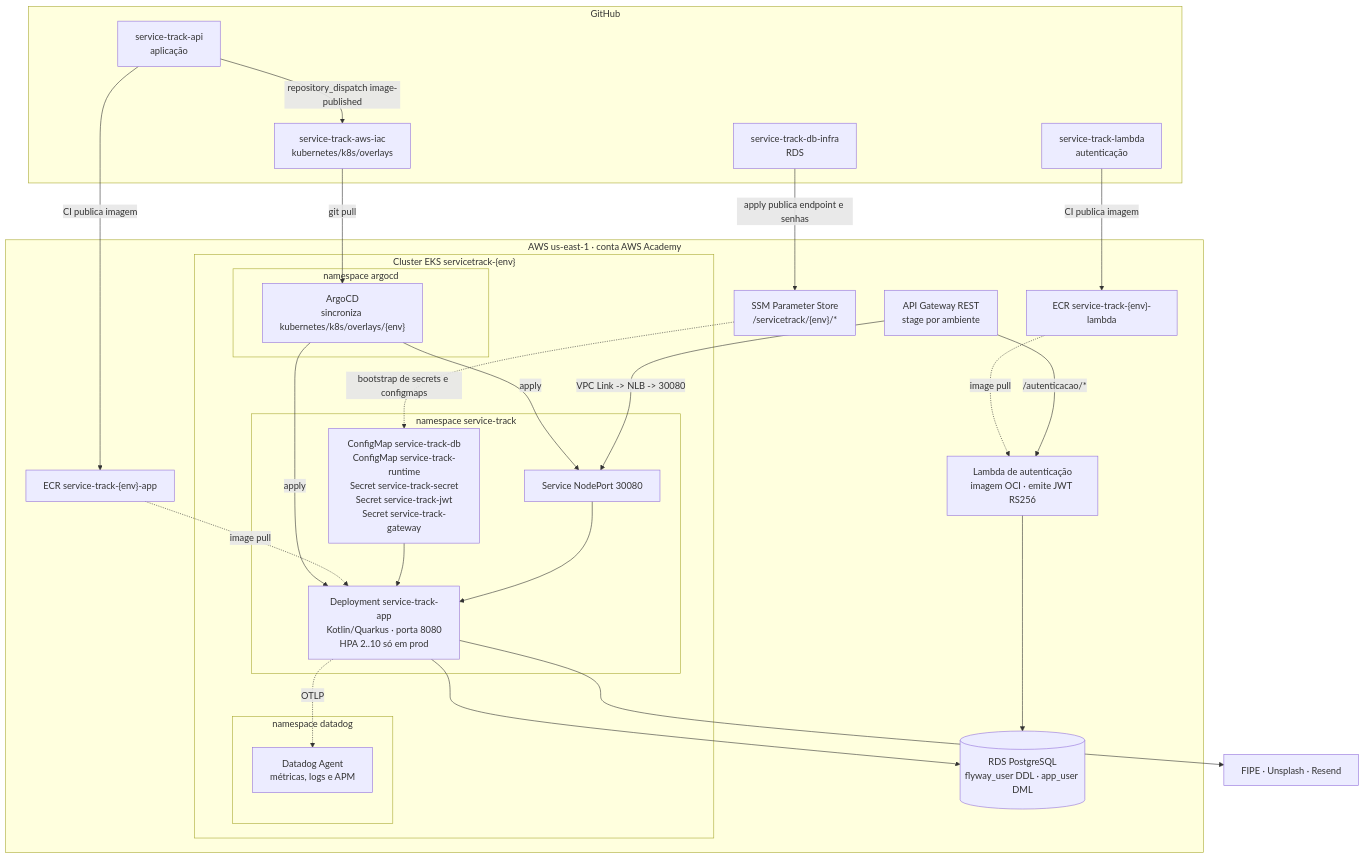
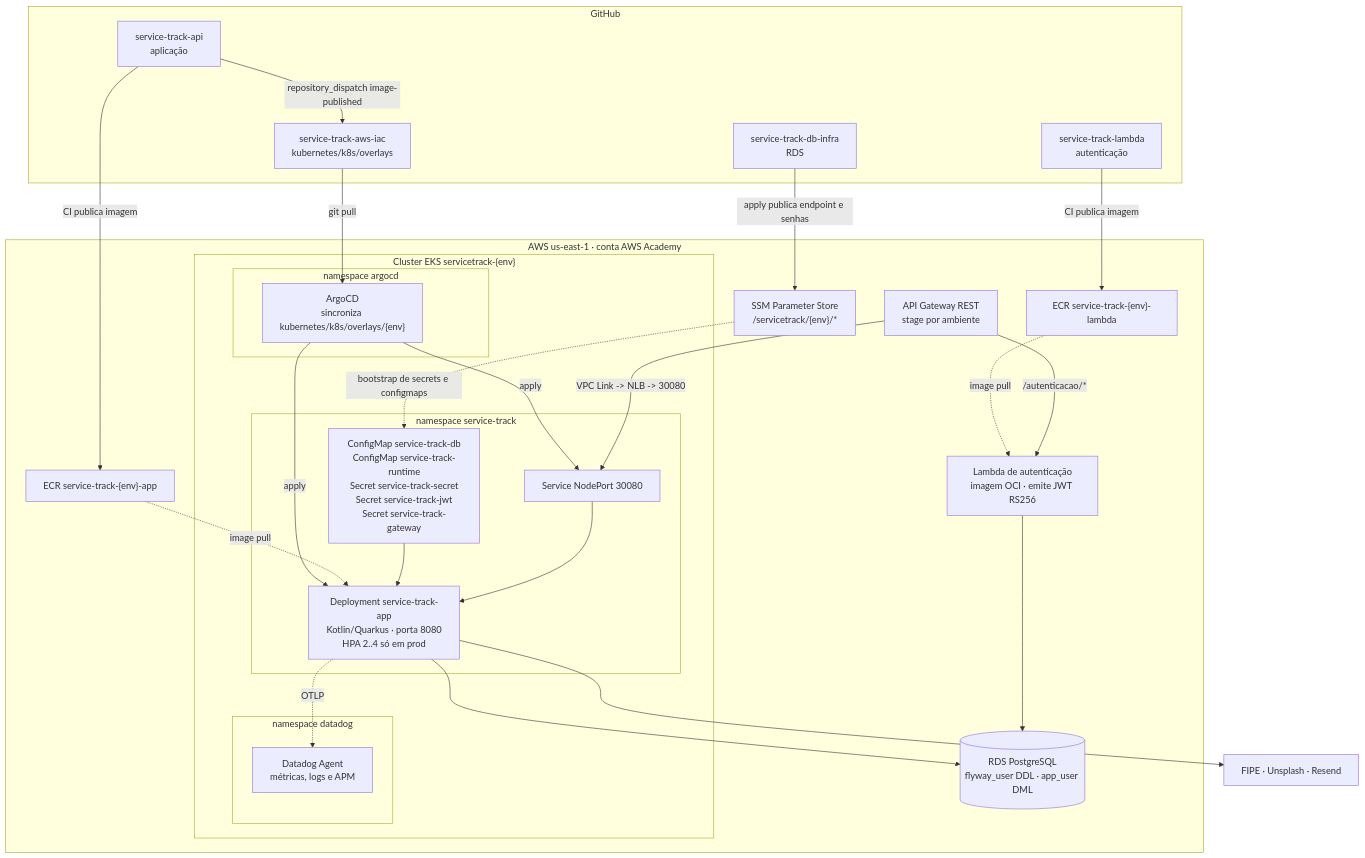
One commit to Claudio712005/service-track-aws-iac changed the diagram in docs/diagramas/deployment.md. Above: the diagram before and after it, drawn with Mermaid. The commit also changed other lines of this file and 4 other files, not shown here.

````diff
--- a/docs/diagramas/deployment.md
+++ b/docs/diagramas/deployment.md
@@ -14,58 +14,58 @@
 ```mermaid
 flowchart TB
     subgraph github["GitHub"]
         repoapp["service-track-api<br/>aplicação"]
         repoiac["service-track-aws-iac<br/>kubernetes/k8s/overlays"]
         repolambda["service-track-lambda<br/>autenticação"]
         repodb["service-track-db-infra<br/>RDS"]
     end
 
     subgraph aws["AWS us-east-1 · conta AWS Academy"]
         ecrapp["ECR service-track-{env}-app"]
         ecrlambda["ECR service-track-{env}-lambda"]
         ssm["SSM Parameter Store<br/>/servicetrack/{env}/*"]
 
         gw["API Gateway REST<br/>stage por ambiente"]
         lambda["Lambda de autenticação<br/>imagem OCI · emite JWT RS256"]
 
         subgraph eks["Cluster EKS servicetrack-{env}"]
             subgraph nsargo["namespace argocd"]
                 argo["ArgoCD<br/>sincroniza kubernetes/k8s/overlays/{env}"]
             end
             subgraph nsapp["namespace service-track"]
-                app["Deployment service-track-app<br/>Kotlin/Quarkus · porta 8080<br/>HPA 2..10 só em prod"]
+                app["Deployment service-track-app<br/>Kotlin/Quarkus · porta 8080<br/>HPA 2..4 só em prod"]
                 svc["Service NodePort 30080"]
                 cfg["ConfigMap service-track-db<br/>ConfigMap service-track-runtime<br/>Secret service-track-secret<br/>Secret service-track-jwt<br/>Secret service-track-gateway"]
             end
             subgraph nsobs["namespace datadog"]
                 dd["Datadog Agent<br/>métricas, logs e APM"]
             end
         end
 
         rds[("RDS PostgreSQL<br/>flyway_user DDL · app_user DML")]
     end
 
     externos["FIPE · Unsplash · Resend"]
 
     repoapp -->|"CI publica imagem"| ecrapp
     repoapp -->|"repository_dispatch image-published"| repoiac
     repolambda -->|"CI publica imagem"| ecrlambda
     repodb -->|"apply publica endpoint e senhas"| ssm
 
     repoiac -->|"git pull"| argo
     argo -->|"apply"| app
     argo -->|"apply"| svc
 
     ecrapp -.->|"image pull"| app
     ecrlambda -.->|"image pull"| lambda
     ssm -.->|"bootstrap de secrets e configmaps"| cfg
     cfg --> app
 
     gw -->|"/autenticacao/*"| lambda
     gw -->|"VPC Link -> NLB -> 30080"| svc
     svc --> app
     app --> rds
     lambda --> rds
     app --> externos
     app -.->|"OTLP"| dd
 ```
````
